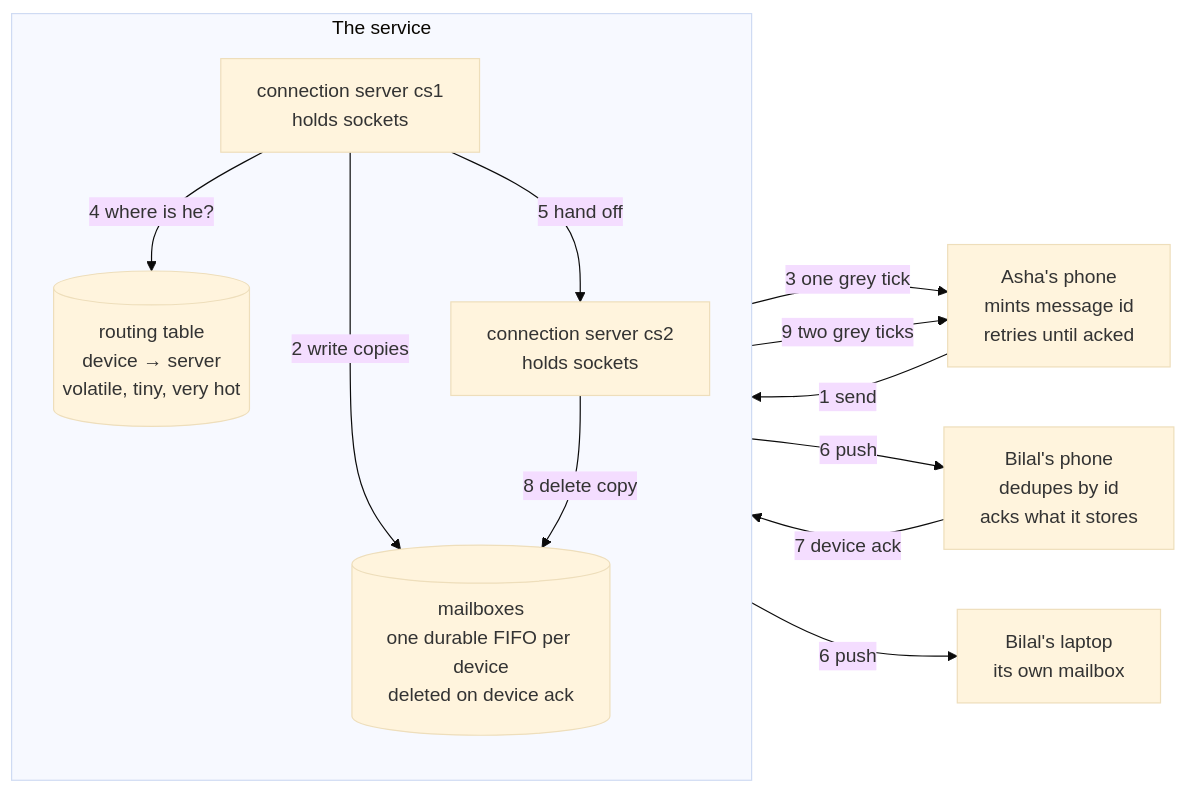
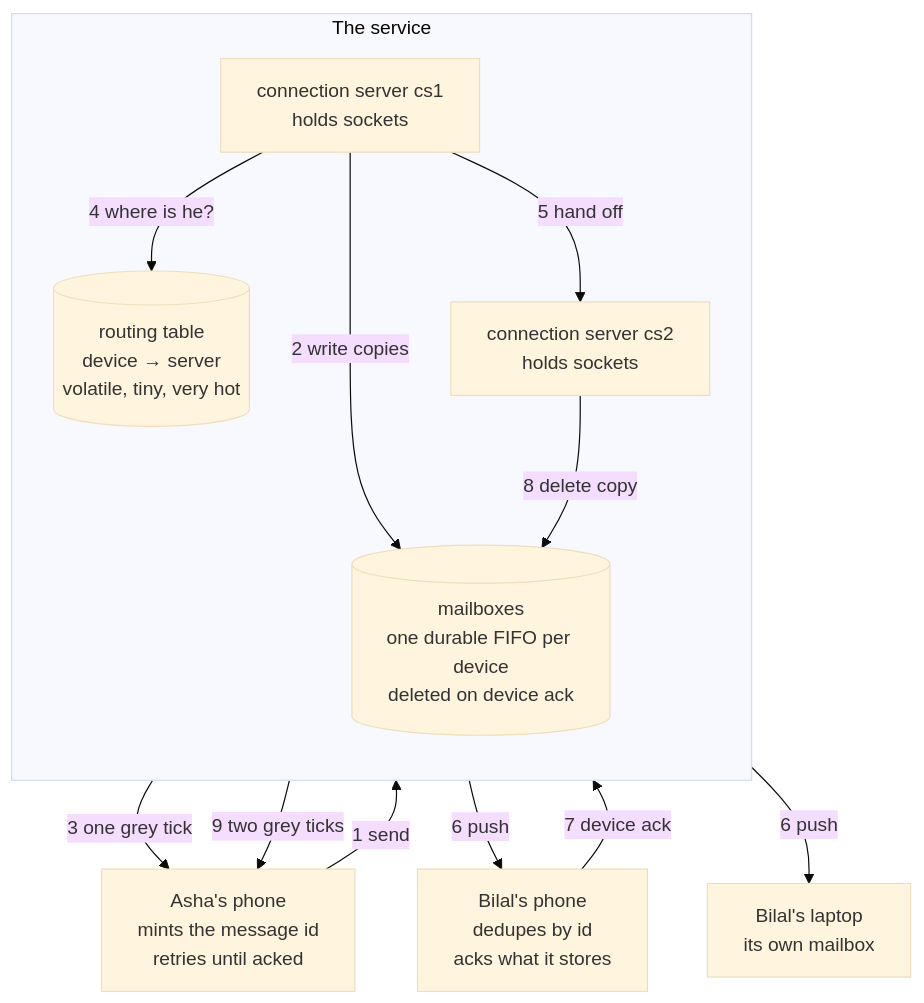
Before and after one commit to ravivarmachaluvadi/Learning: the second of 4 diagrams in 69-whatsapp-system-design/README.md, drawn with Mermaid (base theme). The commit also changed other lines of this file and 1 other file, not shown here.

````diff
--- a/69-whatsapp-system-design/README.md
+++ b/69-whatsapp-system-design/README.md
@@ -330,24 +443,24 @@
 ```mermaid
-flowchart LR
-    A["Asha's phone<br/>mints message id<br/>retries until acked"]
+flowchart TD
+    A["Asha's phone<br>mints the message id<br>retries until acked"]
     subgraph SVC["The service"]
       direction TB
-      CS1["connection server cs1<br/>holds sockets"]
-      CS2["connection server cs2<br/>holds sockets"]
-      REG[("routing table<br/>device → server<br/>volatile, tiny, very hot")]
-      MB[("mailboxes<br/>one durable FIFO per device<br/>deleted on device ack")]
+      CS1["connection server cs1<br>holds sockets"]
+      REG[("routing table<br>device → server<br>volatile, tiny, very hot")]
+      MB[("mailboxes<br>one durable FIFO per device<br>deleted on device ack")]
+      CS2["connection server cs2<br>holds sockets"]
     end
-    B1["Bilal's phone<br/>dedupes by id<br/>acks what it stores"]
-    B2["Bilal's laptop<br/>its own mailbox"]
+    B1["Bilal's phone<br>dedupes by id<br>acks what it stores"]
+    B2["Bilal's laptop<br>its own mailbox"]
 
     A -- "1 send" --> CS1
     CS1 -- "2 write copies" --> MB
     CS1 -- "3 one grey tick" --> A
     CS1 -- "4 where is he?" --> REG
     CS1 -- "5 hand off" --> CS2
     CS2 -- "6 push" --> B1
     CS2 -- "6 push" --> B2
     B1 -- "7 device ack" --> CS2
     CS2 -- "8 delete copy" --> MB
     CS2 -- "9 two grey ticks" --> A
 ```
````
